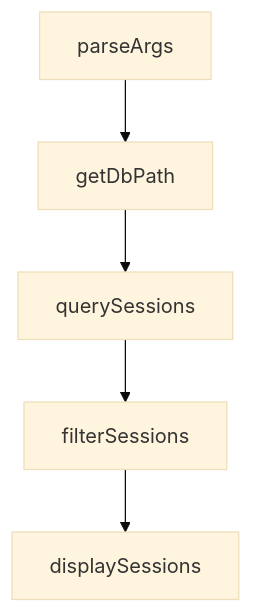
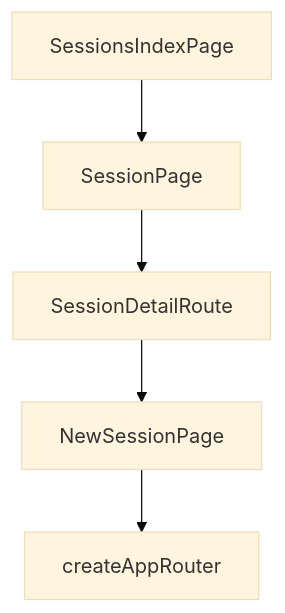
Before and after one commit to johnxie/awesome-code-docs: the second of 2 diagrams in tutorials/hapi-tutorial/02-system-architecture.md, drawn with Mermaid (base theme). The commit also changed other lines of this file and 1232 other files, not shown here.

````diff
--- a/tutorials/hapi-tutorial/02-system-architecture.md
+++ b/tutorials/hapi-tutorial/02-system-architecture.md
@@ -269,12 +252,12 @@
 ```mermaid
 flowchart TD
-    A[parseArgs]
-    B[getDbPath]
-    C[querySessions]
-    D[filterSessions]
-    E[displaySessions]
+    A[SessionsIndexPage]
+    B[SessionPage]
+    C[SessionDetailRoute]
+    D[NewSessionPage]
+    E[createAppRouter]
     A --> B
     B --> C
     C --> D
     D --> E
 ```
````
